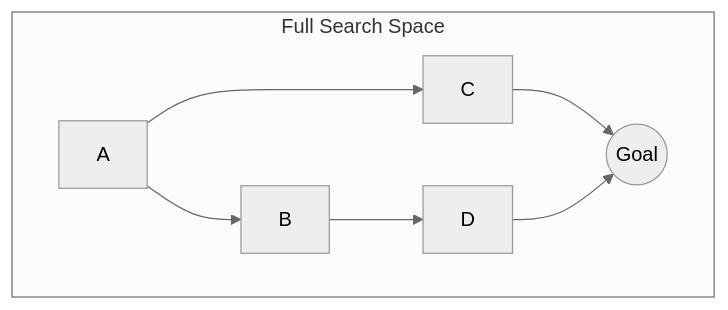
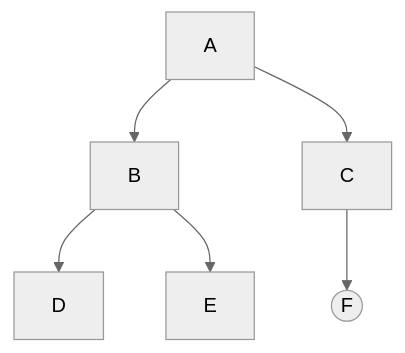
The second of 3 diagrams in _posts/2025-08-08-ai-search-algorithms-a-z.md (eltay89/eltay89.github.io), drawn with Mermaid (neutral theme) before and after one commit. The commit also changed other lines of this file, not shown here.

````diff
--- a/_posts/2025-08-08-ai-search-algorithms-a-z.md
+++ b/_posts/2025-08-08-ai-search-algorithms-a-z.md
@@ -159,9 +145,8 @@
 ```mermaid
 graph TD
-    subgraph "Full Search Space"
-        A --> B --> D
-        A --> C
-        C --> F((Goal))
-        D --> F((Goal))
-    end
+    A --> B;
+    A --> C;
+    B --> D;
+    B --> E;
+    C --> F((F));
 ```
````
